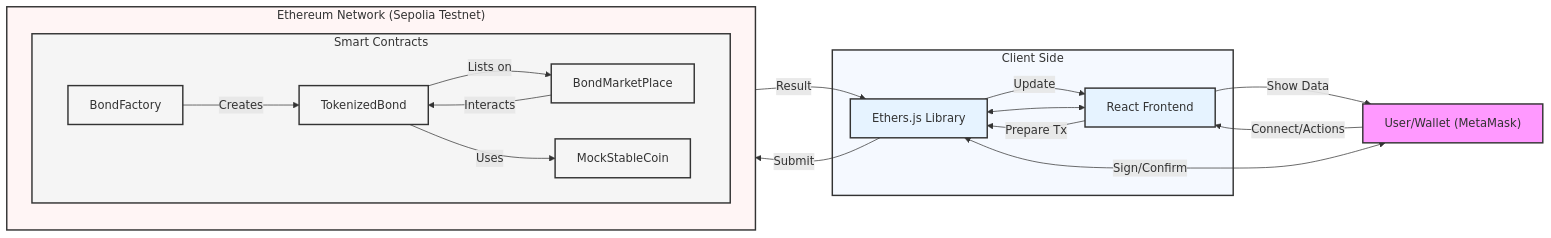
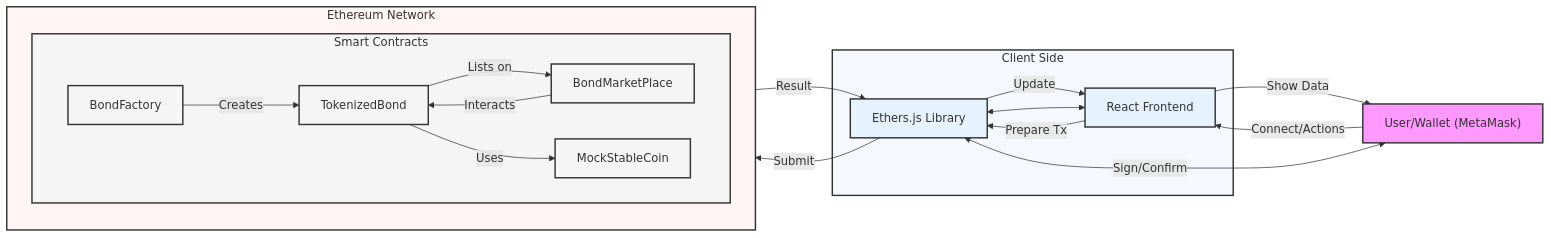
Before and after one commit to whanyu1212/fractional-bond-trading: the first of 7 diagrams in README.md, drawn with Mermaid. The commit also changed other lines of this file, not shown here.

Commit message:
removed extra diagram

````diff
--- a/README.md
+++ b/README.md
@@ -85,45 +85,45 @@
 ```mermaid
 flowchart LR
     subgraph Client["Client Side"]
         UI[React Frontend]
         EJS[Ethers.js Library]
         UI <--> EJS
     end
 
-    subgraph Blockchain["Ethereum Network (Sepolia Testnet)"]
+    subgraph Blockchain["Ethereum Network"]
         subgraph Contracts["Smart Contracts"]
             BF[BondFactory]
             TB[TokenizedBond]
             BM[BondMarketPlace]
             MS[MockStableCoin]
             
             BF -->|Creates| TB
             TB -->|Lists on| BM
             TB -->|Uses| MS
             BM -->|Interacts| TB
         end
     end
 
     User["User/Wallet (MetaMask)"]
     User -->|Connect/Actions| UI
     UI -->|Show Data| User
     UI -->|Prepare Tx| EJS
     User <-->|Sign/Confirm| EJS
     EJS -->|Submit| Blockchain
     Blockchain -->|Result| EJS
     EJS -->|Update| UI
 
     %% Styling
     classDef client fill:#e6f3ff,stroke:#333,stroke-width:2px
     classDef contracts fill:#f5f5f5,stroke:#333,stroke-width:2px
     classDef user fill:#f9f,stroke:#333,stroke-width:2px
     
     class UI,EJS client
     class BF,TB,BM,MS contracts
     class User user
 
     %% Container Styling
     style Client fill:#f5f9ff,stroke:#333,stroke-width:2px
     style Blockchain fill:#fff5f5,stroke:#333,stroke-width:2px
     style Contracts fill:#f5f5f5,stroke:#333,stroke-width:2px
 ```
````
